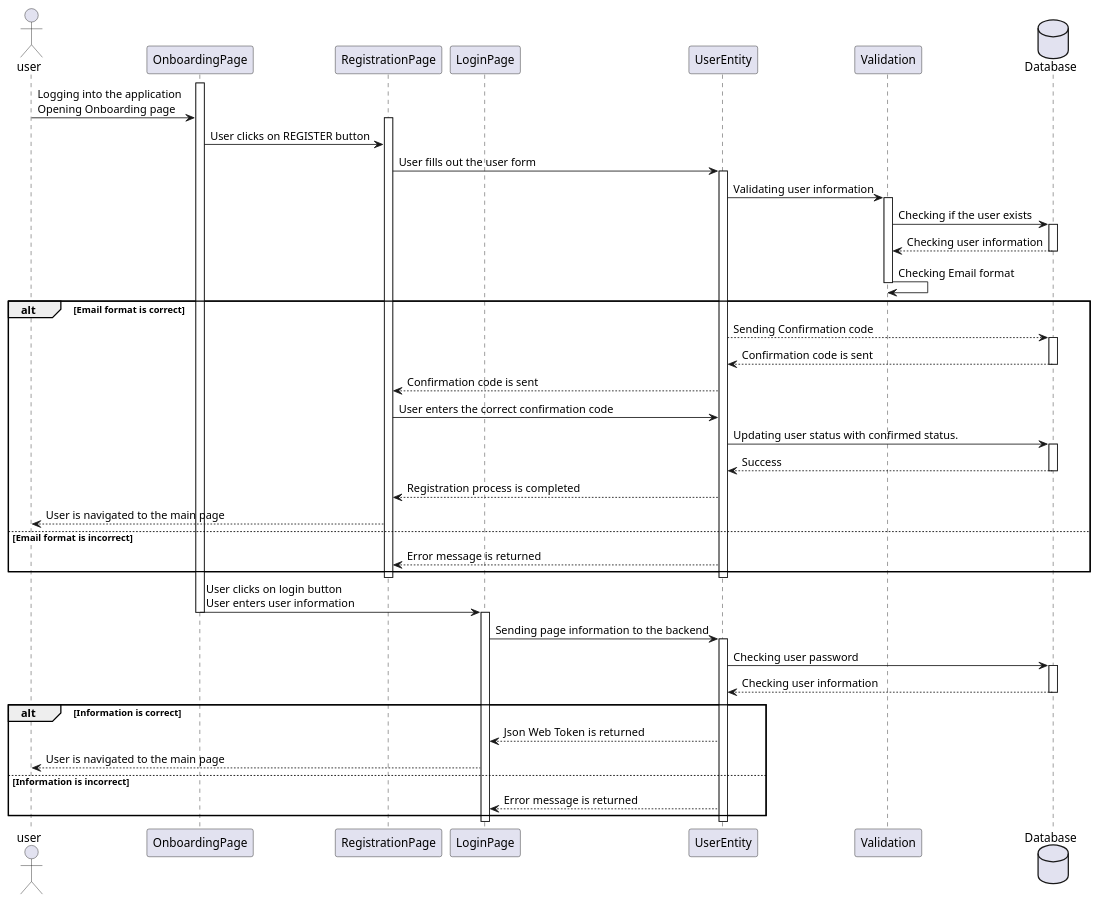
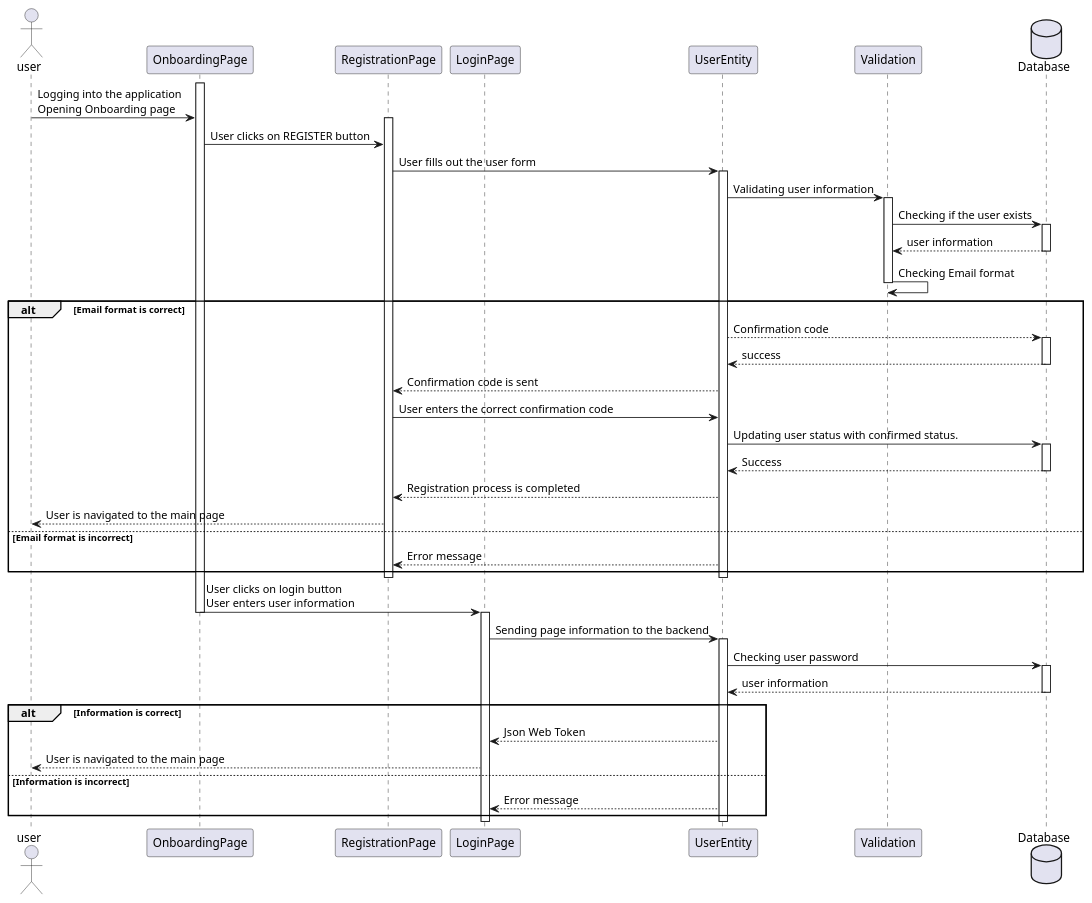
Before and after one commit to bartucank/mlm: the diagram in docs/umlDiagrams/Sequence Diagrams/Onboarding.puml, drawn with PlantUML. The commit also changed 35 other files, not shown here.

Commit message:
Room Services + UML Diagrams

```diff
--- a/docs/umlDiagrams/Sequence Diagrams/Onboarding.puml
+++ b/docs/umlDiagrams/Sequence Diagrams/Onboarding.puml
@@ -1,65 +1,65 @@
 @startuml
 actor user as User
 participant OnboardingPage as OnboardingPage
 participant RegistrationPage as RegistrationPage
 participant LoginPage as LoginPage
 participant UserEntity as UserEntity
 participant Validation as Validation
 database Database
 
 activate OnboardingPage
 User -> OnboardingPage: Logging into the application\nOpening Onboarding page
 activate RegistrationPage
 
 OnboardingPage -> RegistrationPage: User clicks on REGISTER button
 RegistrationPage -> UserEntity: User fills out the user form
 activate UserEntity
 
 UserEntity -> Validation: Validating user information 
 activate Validation
 Validation -> Database: Checking if the user exists
 activate Database
-Database --> Validation: Checking user information
+Database --> Validation:  user information
 deactivate Database
 
 Validation -> Validation : Checking Email format
 
 deactivate Validation
 
 alt Email format is correct
-    UserEntity --> Database: Sending Confirmation code
+    UserEntity --> Database:  Confirmation code
     activate Database
-    Database --> UserEntity: Confirmation code is sent
+    Database --> UserEntity: success
     deactivate Database
     UserEntity --> RegistrationPage: Confirmation code is sent
     RegistrationPage -> UserEntity: User enters the correct confirmation code
     UserEntity -> Database: Updating user status with confirmed status.
     activate Database
     Database --> UserEntity: Success
     deactivate Database
     UserEntity --> RegistrationPage: Registration process is completed
     RegistrationPage --> User: User is navigated to the main page
 else Email format is incorrect
-    UserEntity --> RegistrationPage: Error message is returned
+    UserEntity --> RegistrationPage: Error message
 end
 deactivate UserEntity
 deactivate RegistrationPage
 
 OnboardingPage -> LoginPage: User clicks on login button\nUser enters user information
 deactivate OnboardingPage
 activate LoginPage
 LoginPage -> UserEntity: Sending page information to the backend
 activate UserEntity
 UserEntity -> Database: Checking user password
 activate Database
-Database --> UserEntity: Checking user information
+Database --> UserEntity:  user information
 deactivate Database
 alt Information is correct
-    UserEntity --> LoginPage: Json Web Token is returned
+    UserEntity --> LoginPage: Json Web Token 
     LoginPage --> User: User is navigated to the main page
 else Information is incorrect
-    UserEntity --> LoginPage: Error message is returned
+    UserEntity --> LoginPage: Error message 
 end
 deactivate UserEntity
 deactivate LoginPage
 @enduml
```
